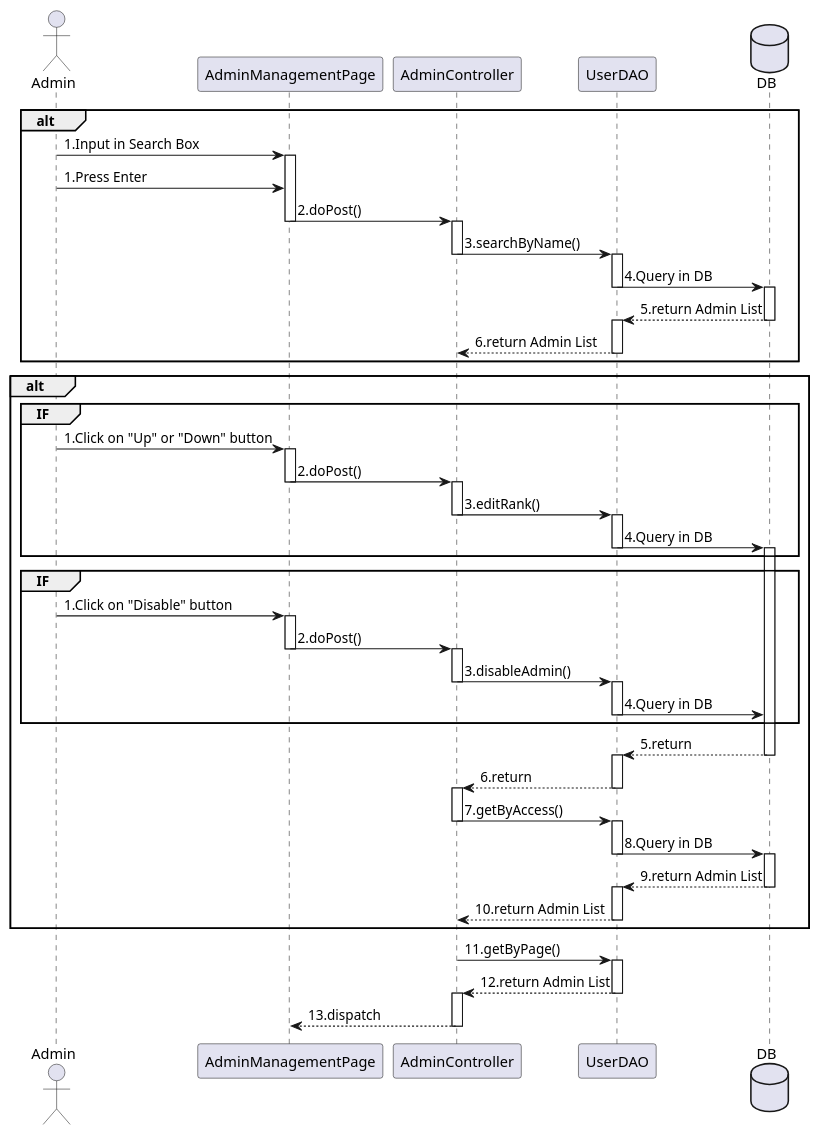
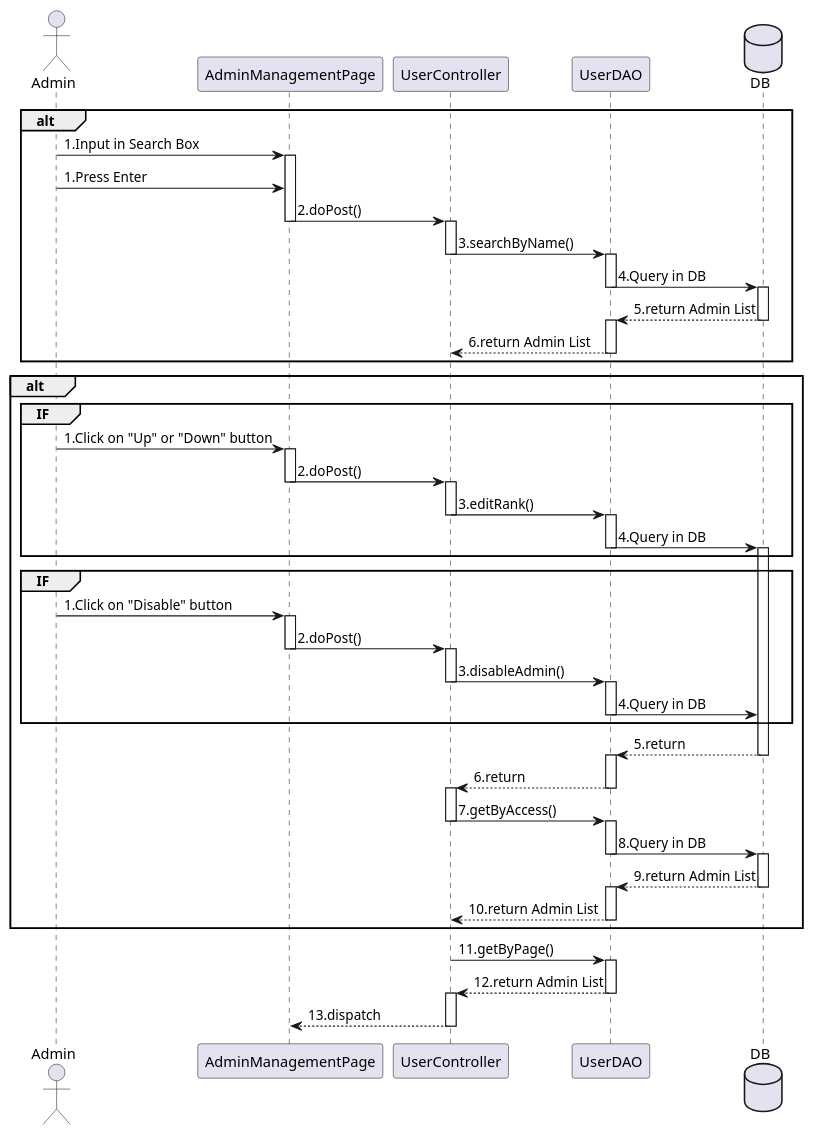
Before and after one commit to baspdd/desktop-tutorial: the diagram in SQ/Umana1.puml, drawn with PlantUML. The commit also changed 6 other files, not shown here.

```diff
--- a/SQ/Umana1.puml
+++ b/SQ/Umana1.puml
@@ -1,44 +1,44 @@
 @startuml
 
 actor       Admin
 participant AdminManagementPage
-participant AdminController
+participant UserController
 participant UserDAO
 database DB
 alt
     Admin -> AdminManagementPage  ++: 1.Input in Search Box
     Admin -> AdminManagementPage  --: 1.Press Enter
-    AdminManagementPage -> AdminController  --++: 2.doPost()
-    AdminController -> UserDAO --++: 3.searchByName()
+    AdminManagementPage -> UserController  --++: 2.doPost()
+    UserController -> UserDAO --++: 3.searchByName()
     UserDAO -> DB --++ : 4.Query in DB
     DB --> UserDAO --++: 5.return Admin List
-    UserDAO --> AdminController --: 6.return Admin List
+    UserDAO --> UserController --: 6.return Admin List
 end
 alt
     group IF
         Admin -> AdminManagementPage  --++: 1.Click on "Up" or "Down" button
-        AdminManagementPage -> AdminController  --++: 2.doPost()
-        AdminController -> UserDAO --++: 3.editRank()
+        AdminManagementPage -> UserController  --++: 2.doPost()
+        UserController -> UserDAO --++: 3.editRank()
         UserDAO -> DB --++: 4.Query in DB
     end
     group IF
         Admin -> AdminManagementPage  --++: 1.Click on "Disable" button
-        AdminManagementPage -> AdminController  --++: 2.doPost()
-        AdminController -> UserDAO --++: 3.disableAdmin()
+        AdminManagementPage -> UserController  --++: 2.doPost()
+        UserController -> UserDAO --++: 3.disableAdmin()
         UserDAO -> DB -- : 4.Query in DB
     end
     DB --> UserDAO --++: 5.return
-    UserDAO --> AdminController --++: 6.return
-    AdminController -> UserDAO --++: 7.getByAccess()
+    UserDAO --> UserController --++: 6.return
+    UserController -> UserDAO --++: 7.getByAccess()
     UserDAO -> DB --++ : 8.Query in DB
     DB --> UserDAO --++: 9.return Admin List
-    UserDAO --> AdminController --: 10.return Admin List
+    UserDAO --> UserController --: 10.return Admin List
 
 end
 
-AdminController -> UserDAO --++: 11.getByPage()
-UserDAO --> AdminController --++: 12.return Admin List
-AdminController --> AdminManagementPage --: 13.dispatch
+UserController -> UserDAO --++: 11.getByPage()
+UserDAO --> UserController --++: 12.return Admin List
+UserController --> AdminManagementPage --: 13.dispatch
 
 
 @enduml
```
